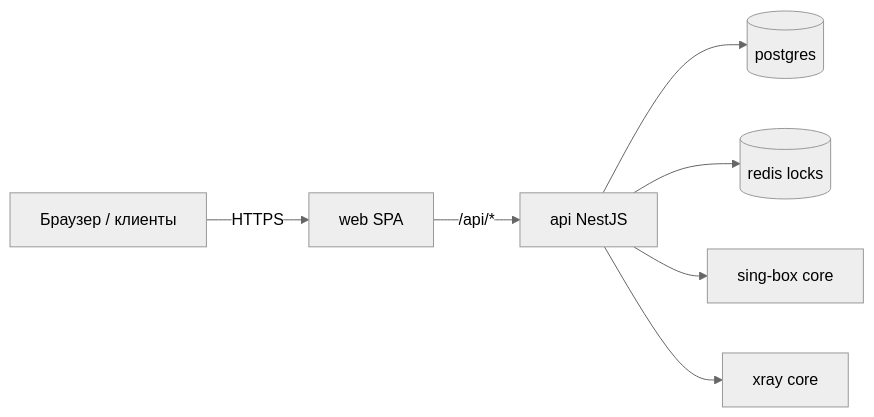
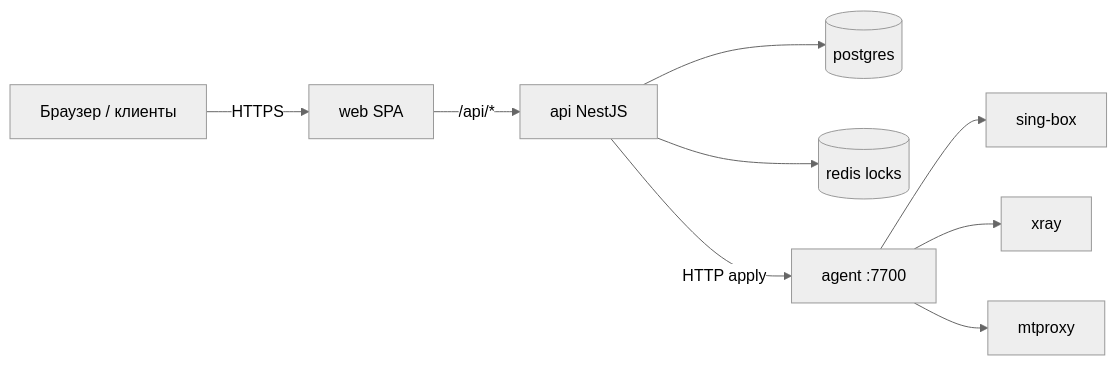
One commit to Overl1te/OverVPN changed the diagram in CONTRIBUTING.md. Above: the diagram before and after it, drawn with Mermaid (neutral theme). The commit also changed other lines of this file and 18 other files, not shown here.

````diff
--- a/CONTRIBUTING.md
+++ b/CONTRIBUTING.md
@@ -40,9 +40,11 @@
 ```mermaid
 flowchart LR
   clients["Браузер / клиенты"] -->|HTTPS| web["web SPA"]
   web -->|"/api/*"| api["api NestJS"]
   api --> postgres[(postgres)]
   api --> redis[(redis locks)]
-  api --> core["sing-box core"]
-  api --> coreXray["xray core"]
+  api -->|"HTTP apply"| agent["agent :7700"]
+  agent --> core["sing-box"]
+  agent --> coreXray["xray"]
+  agent --> mtproxy["mtproxy"]
 ```
````
